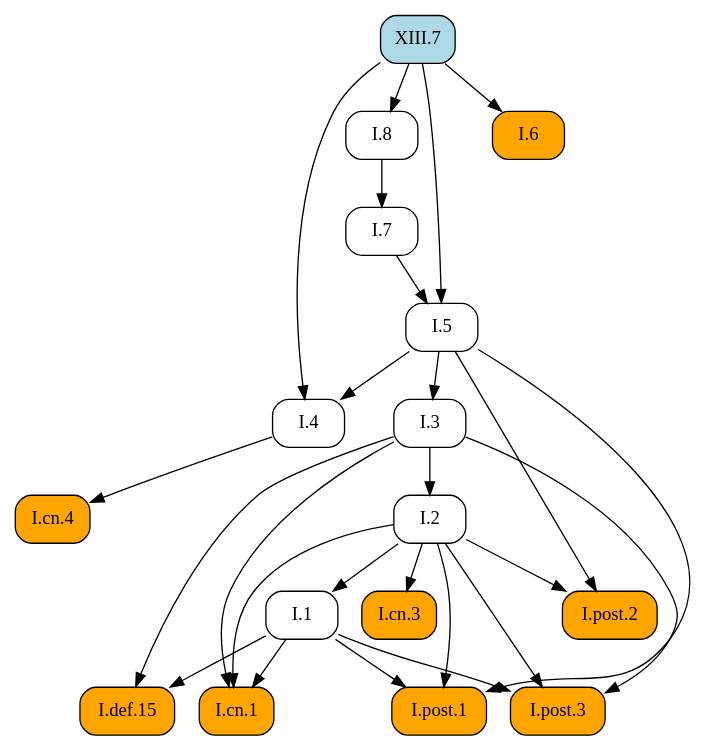
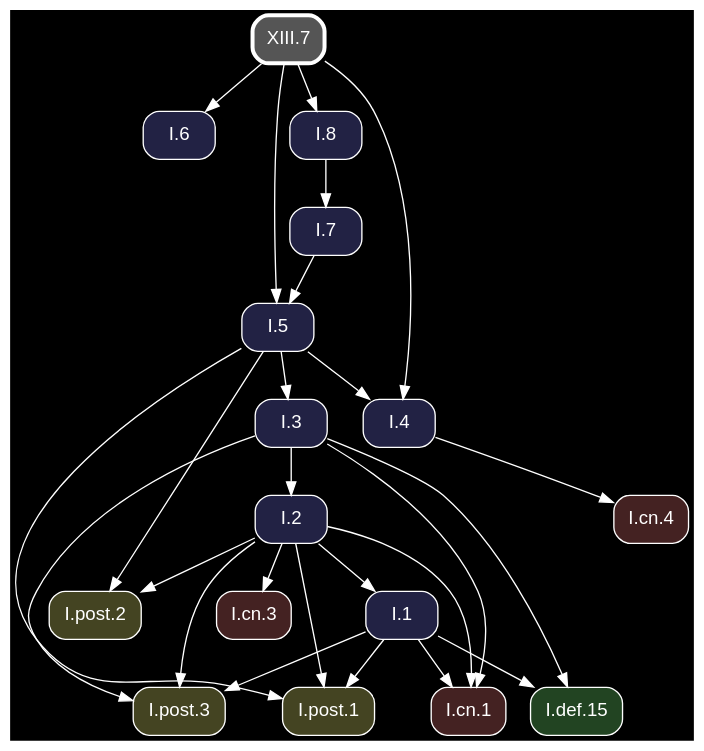
The diagram in docsrc/heath/XIII/7/index.rst (geometor/elements), drawn with Graphviz before and after one commit. The commit also changed other lines of this file and 1200 other files, not shown here.

Commit message:
update dependency graphs

```diff
--- a/docsrc/heath/XIII/7/index.rst
+++ b/docsrc/heath/XIII/7/index.rst
@@ -56,47 +56,49 @@
 .. graphviz::
 
    digraph {
+     bgcolor="black";
+     node [shape=box, style="rounded,filled", fontname="Helvetica", color="white", fontcolor="white"];
+     edge [color="white", fontcolor="white"];
      rankdir="TB";
-     node [shape=box, style=rounded];
-     "I.cn.1" [style="rounded,filled", fillcolor=orange, URL="/heath/I/cn.1/", target="_top"];
-     "I.3" [URL="/heath/I/3/", target="_top"];
-     "I.7" [URL="/heath/I/7/", target="_top"];
-     "I.2" [URL="/heath/I/2/", target="_top"];
-     "I.def.15" [style="rounded,filled", fillcolor=orange, URL="/heath/I/def.15/", target="_top"];
-     "I.4" [URL="/heath/I/4/", target="_top"];
-     "I.cn.4" [style="rounded,filled", fillcolor=orange, URL="/heath/I/cn.4/", target="_top"];
-     "I.1" [URL="/heath/I/1/", target="_top"];
-     "I.5" [URL="/heath/I/5/", target="_top"];
-     "I.post.1" [style="rounded,filled", fillcolor=orange, URL="/heath/I/post.1/", target="_top"];
-     "I.8" [URL="/heath/I/8/", target="_top"];
-     "I.post.2" [style="rounded,filled", fillcolor=orange, URL="/heath/I/post.2/", target="_top"];
-     "I.post.3" [style="rounded,filled", fillcolor=orange, URL="/heath/I/post.3/", target="_top"];
-     "I.cn.3" [style="rounded,filled", fillcolor=orange, URL="/heath/I/cn.3/", target="_top"];
-     "I.6" [style="rounded,filled", fillcolor=orange, URL="/heath/I/6/", target="_top"];
-     "XIII.7" [style="rounded,filled", fillcolor=lightblue, URL="/heath/XIII/7/", target="_top"];
+     "I.6" [fillcolor="#222244", URL="/heath/I/6/", target="_top"];
+     "I.post.2" [fillcolor="#444422", URL="/heath/I/post.2/", target="_top"];
+     "I.1" [fillcolor="#222244", URL="/heath/I/1/", target="_top"];
+     "I.3" [fillcolor="#222244", URL="/heath/I/3/", target="_top"];
+     "I.post.1" [fillcolor="#444422", URL="/heath/I/post.1/", target="_top"];
+     "I.cn.1" [fillcolor="#442222", URL="/heath/I/cn.1/", target="_top"];
+     "I.8" [fillcolor="#222244", URL="/heath/I/8/", target="_top"];
+     "I.4" [fillcolor="#222244", URL="/heath/I/4/", target="_top"];
+     "I.post.3" [fillcolor="#444422", URL="/heath/I/post.3/", target="_top"];
+     "I.cn.3" [fillcolor="#442222", URL="/heath/I/cn.3/", target="_top"];
+     "XIII.7" [penwidth=3, color="white", fillcolor="#555555", URL="/heath/XIII/7/", target="_top"];
+     "I.7" [fillcolor="#222244", URL="/heath/I/7/", target="_top"];
+     "I.def.15" [fillcolor="#224422", URL="/heath/I/def.15/", target="_top"];
+     "I.5" [fillcolor="#222244", URL="/heath/I/5/", target="_top"];
+     "I.2" [fillcolor="#222244", URL="/heath/I/2/", target="_top"];
+     "I.cn.4" [fillcolor="#442222", URL="/heath/I/cn.4/", target="_top"];
+     "XIII.7" -> "I.6";
+     "I.2" -> "I.post.2";
+     "I.5" -> "I.post.2";
+     "I.2" -> "I.1";
+     "I.5" -> "I.3";
+     "I.1" -> "I.post.1";
+     "I.2" -> "I.post.1";
+     "I.5" -> "I.post.1";
      "I.1" -> "I.cn.1";
      "I.2" -> "I.cn.1";
      "I.3" -> "I.cn.1";
-     "I.5" -> "I.3";
-     "I.8" -> "I.7";
-     "I.3" -> "I.2";
-     "I.1" -> "I.def.15";
-     "I.3" -> "I.def.15";
+     "XIII.7" -> "I.8";
      "I.5" -> "I.4";
      "XIII.7" -> "I.4";
-     "I.4" -> "I.cn.4";
-     "I.2" -> "I.1";
-     "I.7" -> "I.5";
-     "XIII.7" -> "I.5";
-     "I.1" -> "I.post.1";
-     "I.2" -> "I.post.1";
-     "I.5" -> "I.post.1";
-     "XIII.7" -> "I.8";
-     "I.2" -> "I.post.2";
-     "I.5" -> "I.post.2";
      "I.1" -> "I.post.3";
      "I.2" -> "I.post.3";
      "I.3" -> "I.post.3";
      "I.2" -> "I.cn.3";
-     "XIII.7" -> "I.6";
+     "I.8" -> "I.7";
+     "I.1" -> "I.def.15";
+     "I.3" -> "I.def.15";
+     "I.7" -> "I.5";
+     "XIII.7" -> "I.5";
+     "I.3" -> "I.2";
+     "I.4" -> "I.cn.4";
    }
```
